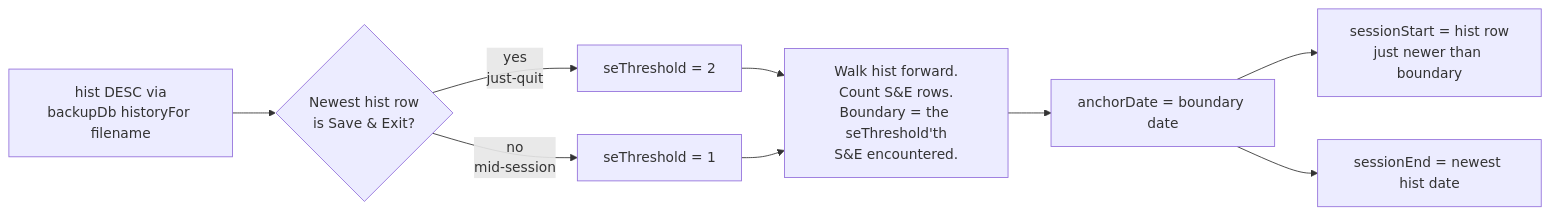
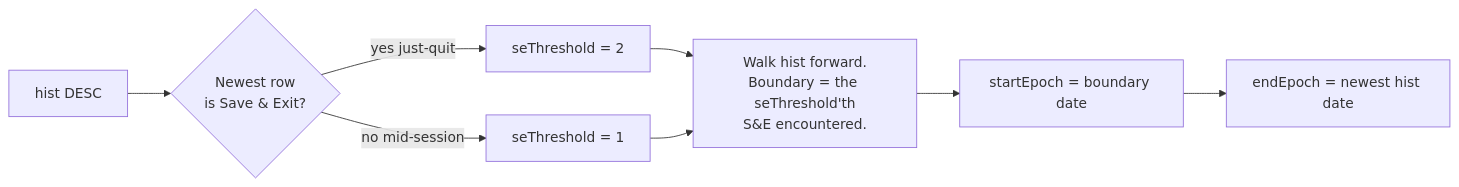
One commit to kaimeyerdev/d2rsave changed the second of 6 diagrams in docs/session-logic.md. Above: the diagram before and after it, drawn with Mermaid. The commit also changed other lines of this file, not shown here.

First line of the commit message:
docs: rewrite session-logic.md around the [start, end] window model

````diff
--- a/docs/session-logic.md
+++ b/docs/session-logic.md
@@ -112,11 +61,10 @@
 ```mermaid
 flowchart LR
-    A[hist DESC via<br/>backupDb historyFor filename] --> B{Newest hist row<br/>is Save & Exit?}
-    B -->|yes<br/>just-quit| C[seThreshold = 2]
-    B -->|no<br/>mid-session| D[seThreshold = 1]
-    C --> E[Walk hist forward.<br/>Count S&E rows.<br/>Boundary = the seThreshold'th<br/>S&E encountered.]
+    A[hist DESC] --> B{Newest row<br/>is Save & Exit?}
+    B -->|yes just-quit| C[seThreshold = 2]
+    B -->|no mid-session| D[seThreshold = 1]
+    C --> E[Walk hist forward.<br/>Boundary = the seThreshold'th<br/>S&E encountered.]
     D --> E
-    E --> F[anchorDate = boundary date]
-    F --> G[sessionStart = hist row<br/>just newer than boundary]
-    F --> H[sessionEnd = newest hist date]
+    E --> F[startEpoch = boundary date]
+    F --> G[endEpoch = newest hist date]
 ```
````
